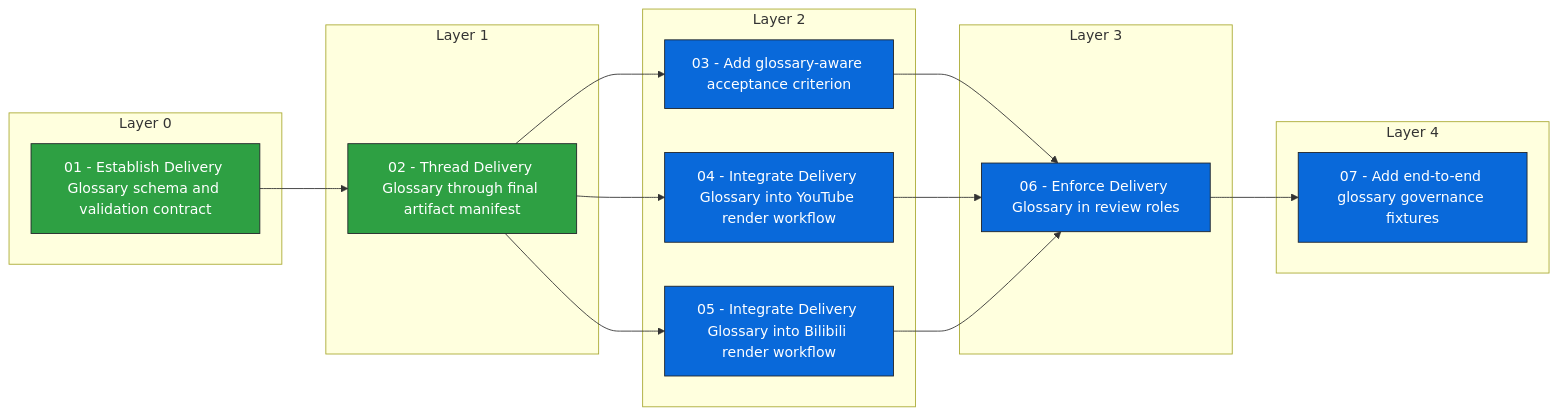
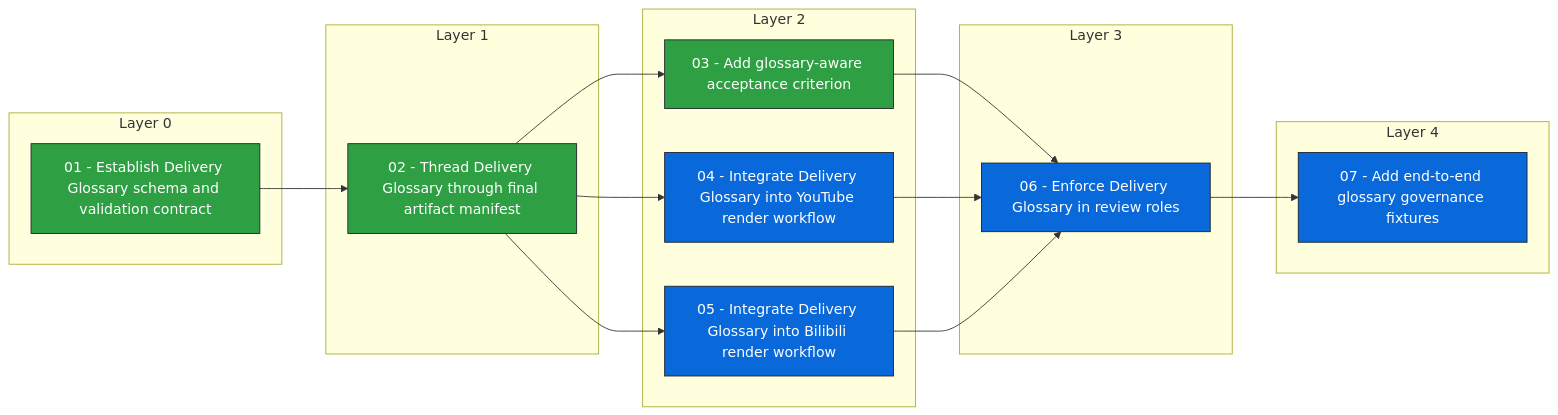
Before and after one commit to Nishijujuba/video2pdf: the diagram in docs/issues/_views/delivery-glossary-terminology-governance-dependencies.md, drawn with Mermaid. The commit also changed other lines of this file and 5 other files, not shown here.

Commit message:
Add glossary-aware acceptance criterion

````diff
--- a/docs/issues/_views/delivery-glossary-terminology-governance-dependencies.md
+++ b/docs/issues/_views/delivery-glossary-terminology-governance-dependencies.md
@@ -27,44 +26,44 @@
 ```mermaid
 flowchart LR
   subgraph layer_0["Layer 0"]
     n_01_establish_delivery_glossary_schema_and_validation_contract["01 - Establish Delivery Glossary schema and validation contract"]
   end
   subgraph layer_1["Layer 1"]
     n_02_thread_delivery_glossary_through_final_artifact_manifest["02 - Thread Delivery Glossary through final artifact manifest"]
   end
   subgraph layer_2["Layer 2"]
     n_03_add_glossary_aware_acceptance_criterion["03 - Add glossary-aware acceptance criterion"]
     n_04_integrate_delivery_glossary_into_youtube_render_workflow["04 - Integrate Delivery Glossary into YouTube render workflow"]
     n_05_integrate_delivery_glossary_into_bilibili_render_workflow["05 - Integrate Delivery Glossary into Bilibili render workflow"]
   end
   subgraph layer_3["Layer 3"]
     n_06_enforce_delivery_glossary_in_review_roles["06 - Enforce Delivery Glossary in review roles"]
   end
   subgraph layer_4["Layer 4"]
     n_07_add_end_to_end_glossary_governance_fixtures["07 - Add end-to-end glossary governance fixtures"]
   end
   n_01_establish_delivery_glossary_schema_and_validation_contract --> n_02_thread_delivery_glossary_through_final_artifact_manifest
   n_02_thread_delivery_glossary_through_final_artifact_manifest --> n_03_add_glossary_aware_acceptance_criterion
   n_02_thread_delivery_glossary_through_final_artifact_manifest --> n_04_integrate_delivery_glossary_into_youtube_render_workflow
   n_02_thread_delivery_glossary_through_final_artifact_manifest --> n_05_integrate_delivery_glossary_into_bilibili_render_workflow
   n_03_add_glossary_aware_acceptance_criterion --> n_06_enforce_delivery_glossary_in_review_roles
   n_04_integrate_delivery_glossary_into_youtube_render_workflow --> n_06_enforce_delivery_glossary_in_review_roles
   n_05_integrate_delivery_glossary_into_bilibili_render_workflow --> n_06_enforce_delivery_glossary_in_review_roles
   n_06_enforce_delivery_glossary_in_review_roles --> n_07_add_end_to_end_glossary_governance_fixtures
   class n_01_establish_delivery_glossary_schema_and_validation_contract done
   class n_02_thread_delivery_glossary_through_final_artifact_manifest done
-  class n_03_add_glossary_aware_acceptance_criterion ready_for_agent
+  class n_03_add_glossary_aware_acceptance_criterion done
   class n_04_integrate_delivery_glossary_into_youtube_render_workflow ready_for_agent
   class n_05_integrate_delivery_glossary_into_bilibili_render_workflow ready_for_agent
   class n_06_enforce_delivery_glossary_in_review_roles ready_for_agent
   class n_07_add_end_to_end_glossary_governance_fixtures ready_for_agent
   classDef done fill:#2ea043,stroke:#1f2328,color:#ffffff
   classDef ready_for_agent fill:#0969da,stroke:#1f2328,color:#ffffff
   classDef ready_for_human fill:#8250df,stroke:#1f2328,color:#ffffff
   classDef in_progress fill:#d4a72c,stroke:#1f2328,color:#ffffff
   classDef blocked fill:#cf222e,stroke:#1f2328,color:#ffffff
   classDef in_review fill:#bc4c00,stroke:#1f2328,color:#ffffff
   classDef needs_info fill:#8c959f,stroke:#1f2328,color:#ffffff
   classDef needs_triage fill:#d0d7de,stroke:#1f2328,color:#ffffff
   classDef wontfix fill:#57606a,stroke:#1f2328,color:#ffffff
 ```
````
